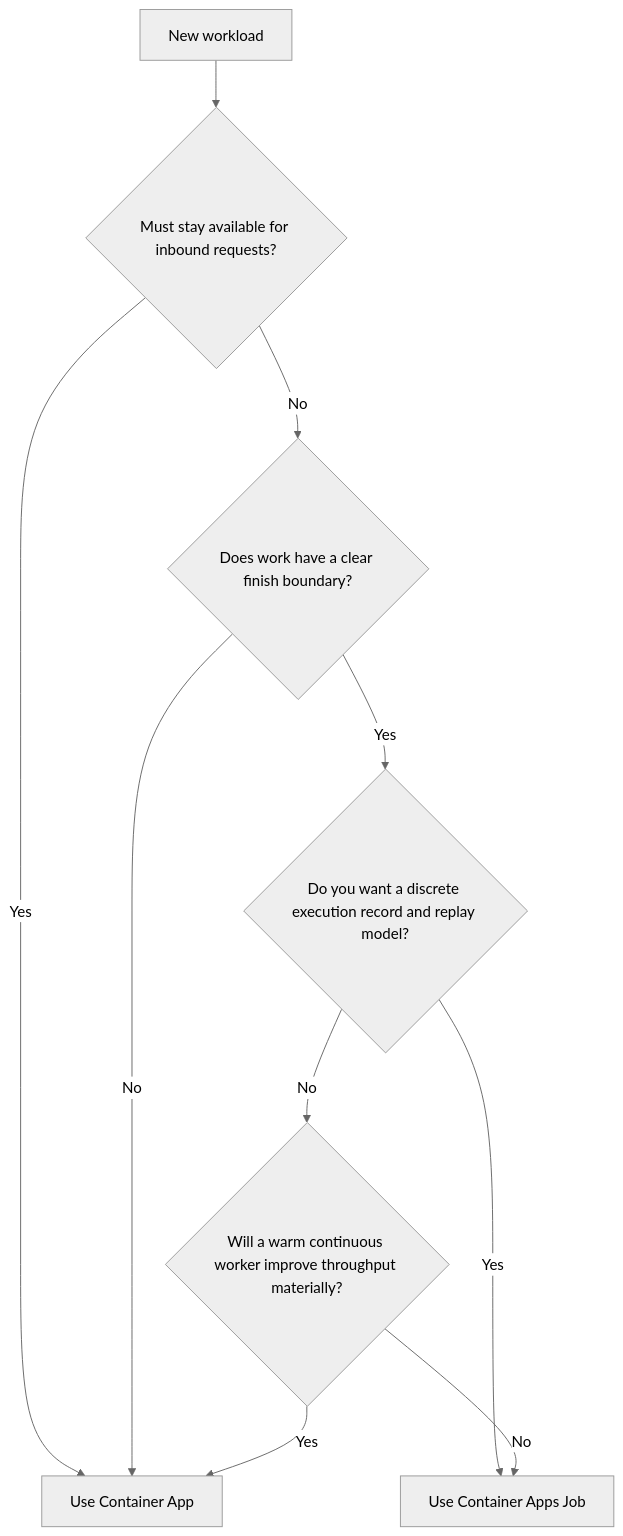
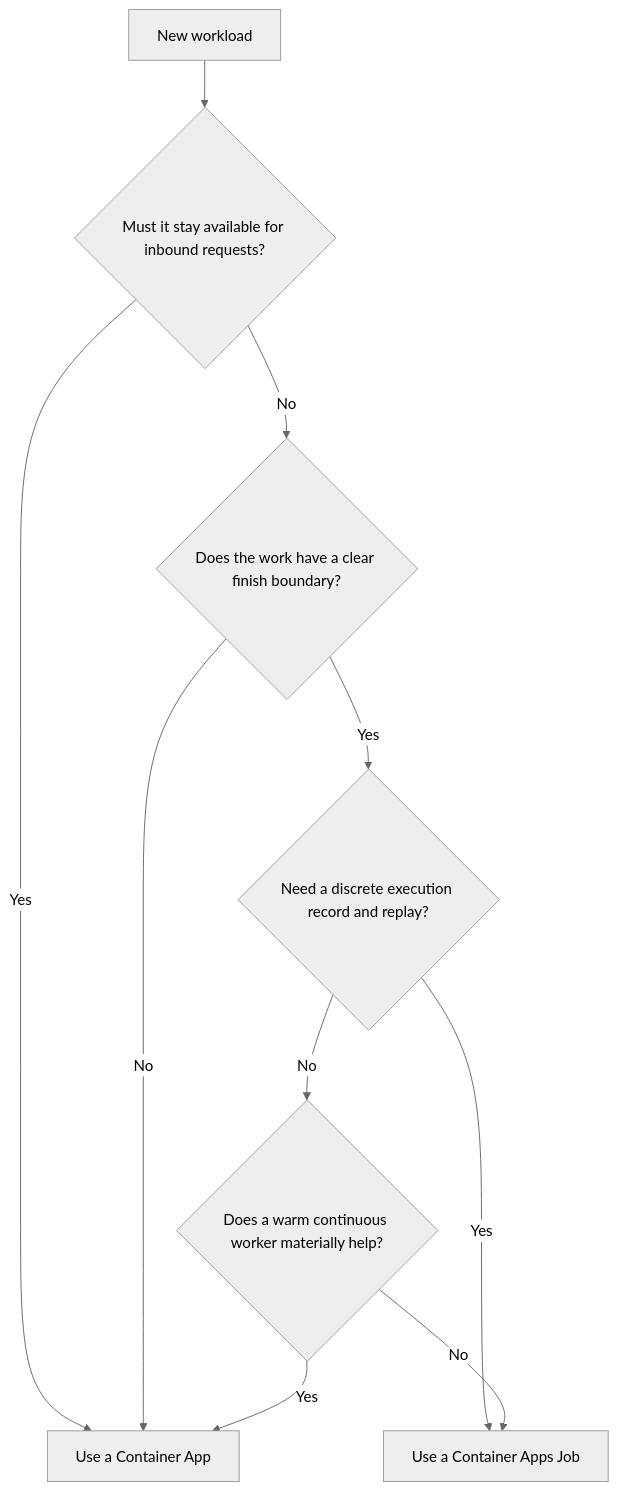
Before and after one commit to yeongseon/azure-container-apps-practical-guide: the diagram in docs/platform/jobs/jobs-vs-apps.md, drawn with Mermaid (neutral theme). The commit also changed other lines of this file and 11 other files, not shown here.

Commit message:
docs(diagrams): migrate probe and jobs lifecycle diagrams (#613)

````diff
--- a/docs/platform/jobs/jobs-vs-apps.md
+++ b/docs/platform/jobs/jobs-vs-apps.md
@@ -80,12 +80,23 @@
 ```mermaid
 flowchart TD
-    A[New workload] --> B{Must stay available for inbound requests?}
-    B -->|Yes| C[Use Container App]
-    B -->|No| D{Does work have a clear finish boundary?}
-    D -->|No| C
-    D -->|Yes| E{Do you want a discrete execution record and replay model?}
-    E -->|Yes| F[Use Container Apps Job]
-    E -->|No| G{Will a warm continuous worker improve throughput materially?}
-    G -->|Yes| C
-    G -->|No| F
+    accTitle: Jobs versus apps decision tree
+    accDescr: Selects a continuously running Container App for inbound requests or warm workers and a Container Apps Job for finite work with a discrete execution record.
+
+    WORK[New workload]
+    INBOUND{Must it stay available for inbound requests?}
+    APP[Use a Container App]
+    FINITE{Does the work have a clear finish boundary?}
+    HISTORY{Need a discrete execution record and replay?}
+    JOB[Use a Container Apps Job]
+    WARM{Does a warm continuous worker materially help?}
+
+    WORK --> INBOUND
+    INBOUND -->|Yes| APP
+    INBOUND -->|No| FINITE
+    FINITE -->|No| APP
+    FINITE -->|Yes| HISTORY
+    HISTORY -->|Yes| JOB
+    HISTORY -->|No| WARM
+    WARM -->|Yes| APP
+    WARM -->|No| JOB
 ```
````
